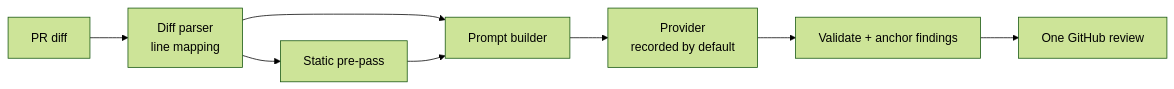
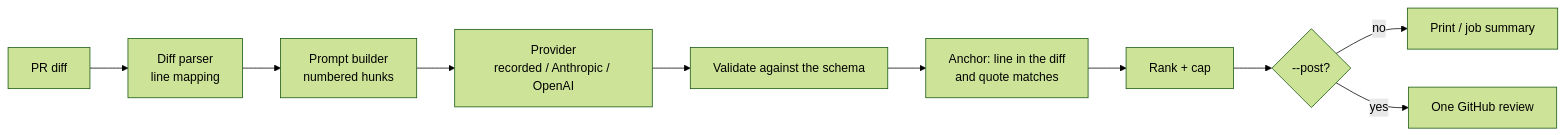
The diagram in README.md (vivekdavara/codelens), drawn with Mermaid (forest theme) before and after one commit. The commit also changed other lines of this file, not shown here.

First line of the commit message:
Document day 2 in the README: review, providers, posting, results

````diff
--- a/README.md
+++ b/README.md
@@ -13,10 +15,12 @@
 ```mermaid
 flowchart LR
     A[PR diff] --> B[Diff parser<br/>line mapping]
-    B --> C[Static pre-pass]
-    B --> D[Prompt builder]
-    C --> D
-    D --> E[Provider<br/>recorded by default]
-    E --> F[Validate + anchor findings]
-    F --> G[One GitHub review]
+    B --> D[Prompt builder<br/>numbered hunks]
+    D --> E[Provider<br/>recorded / Anthropic / OpenAI]
+    E --> F[Validate against the schema]
+    F --> G[Anchor: line in the diff<br/>and quote matches]
+    G --> H[Rank + cap]
+    H --> I{--post?}
+    I -- no --> J[Print / job summary]
+    I -- yes --> K[One GitHub review]
 ```
````
